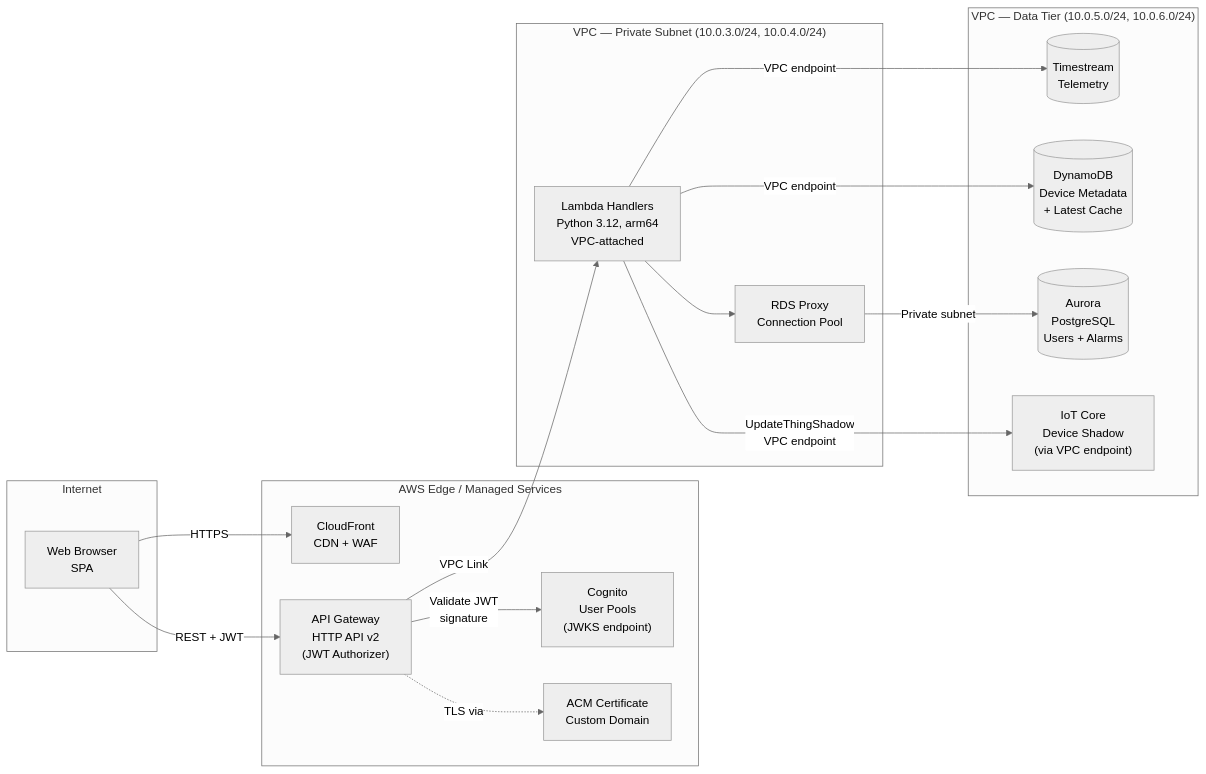
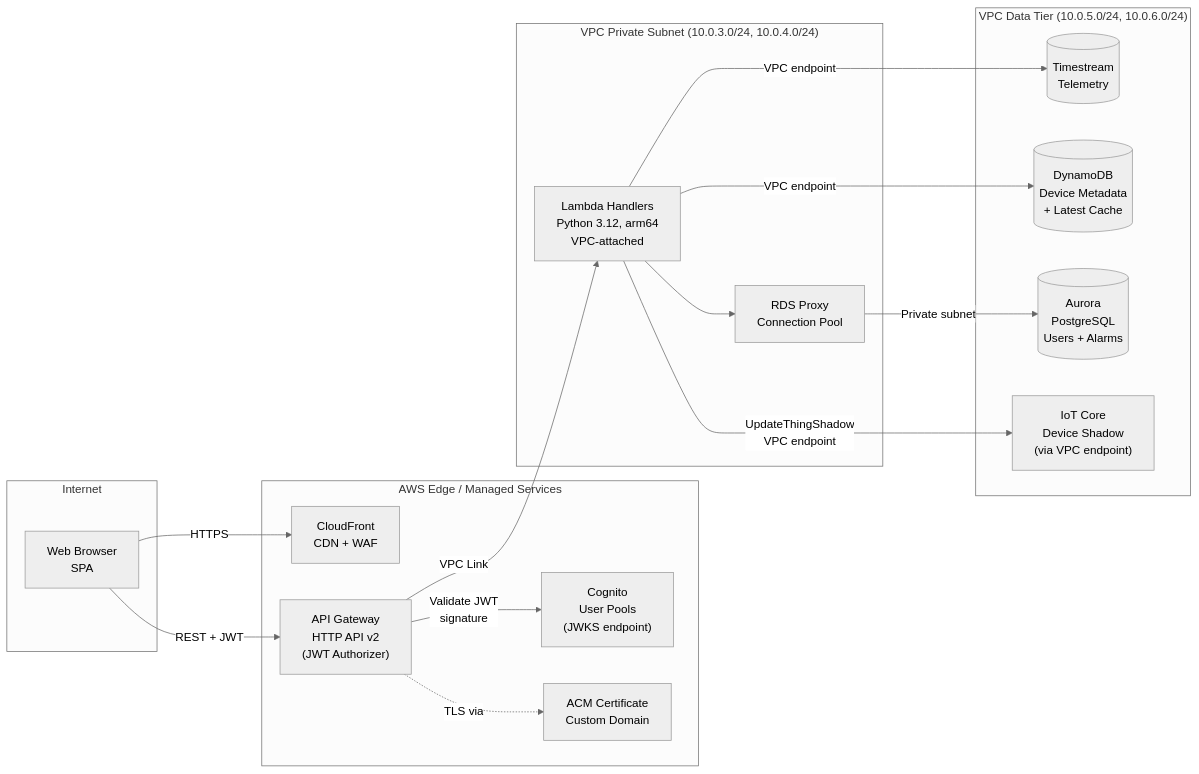
One commit to aldorea/ikerland-data changed the first of 2 diagrams in docs/architecture/08-api-layer.md. Above: the diagram before and after it, drawn with Mermaid (neutral theme). The commit also changed 9 other files, not shown here.

First line of the commit message:
fix(docs): fix Mermaid rendering issues across all architecture diagrams

````diff
--- a/docs/architecture/08-api-layer.md
+++ b/docs/architecture/08-api-layer.md
@@ -67,36 +67,36 @@
 ```mermaid
 flowchart LR
     subgraph INTERNET["Internet"]
         BROWSER[Web Browser\nSPA]
     end
 
     subgraph EDGE["AWS Edge / Managed Services"]
         CF[CloudFront\nCDN + WAF]
         APIGW["API Gateway\nHTTP API v2\n(JWT Authorizer)"]
         COG["Cognito\nUser Pools\n(JWKS endpoint)"]
         ACM[ACM Certificate\nCustom Domain]
     end
 
-    subgraph VPC_PRIV["VPC — Private Subnet (10.0.3.0/24, 10.0.4.0/24)"]
+    subgraph VPC_PRIV["VPC Private Subnet (10.0.3.0/24, 10.0.4.0/24)"]
         LAMBDA[Lambda Handlers\nPython 3.12, arm64\nVPC-attached]
         RDS_PROXY[RDS Proxy\nConnection Pool]
     end
 
-    subgraph DATA["VPC — Data Tier (10.0.5.0/24, 10.0.6.0/24)"]
+    subgraph DATA["VPC Data Tier (10.0.5.0/24, 10.0.6.0/24)"]
         TS[(Timestream\nTelemetry)]
         DDB[(DynamoDB\nDevice Metadata\n+ Latest Cache)]
         AURORA[(Aurora\nPostgreSQL\nUsers + Alarms)]
         IOT_SHADOW["IoT Core\nDevice Shadow\n(via VPC endpoint)"]
     end
 
     BROWSER -->|HTTPS| CF
     BROWSER -->|REST + JWT| APIGW
     APIGW -->|Validate JWT\nsignature| COG
     APIGW -.->|TLS via| ACM
     APIGW -->|VPC Link| LAMBDA
     LAMBDA -->|VPC endpoint| TS
     LAMBDA -->|VPC endpoint| DDB
     LAMBDA --> RDS_PROXY
     RDS_PROXY -->|Private subnet| AURORA
     LAMBDA -->|UpdateThingShadow\nVPC endpoint| IOT_SHADOW
 ```
````
